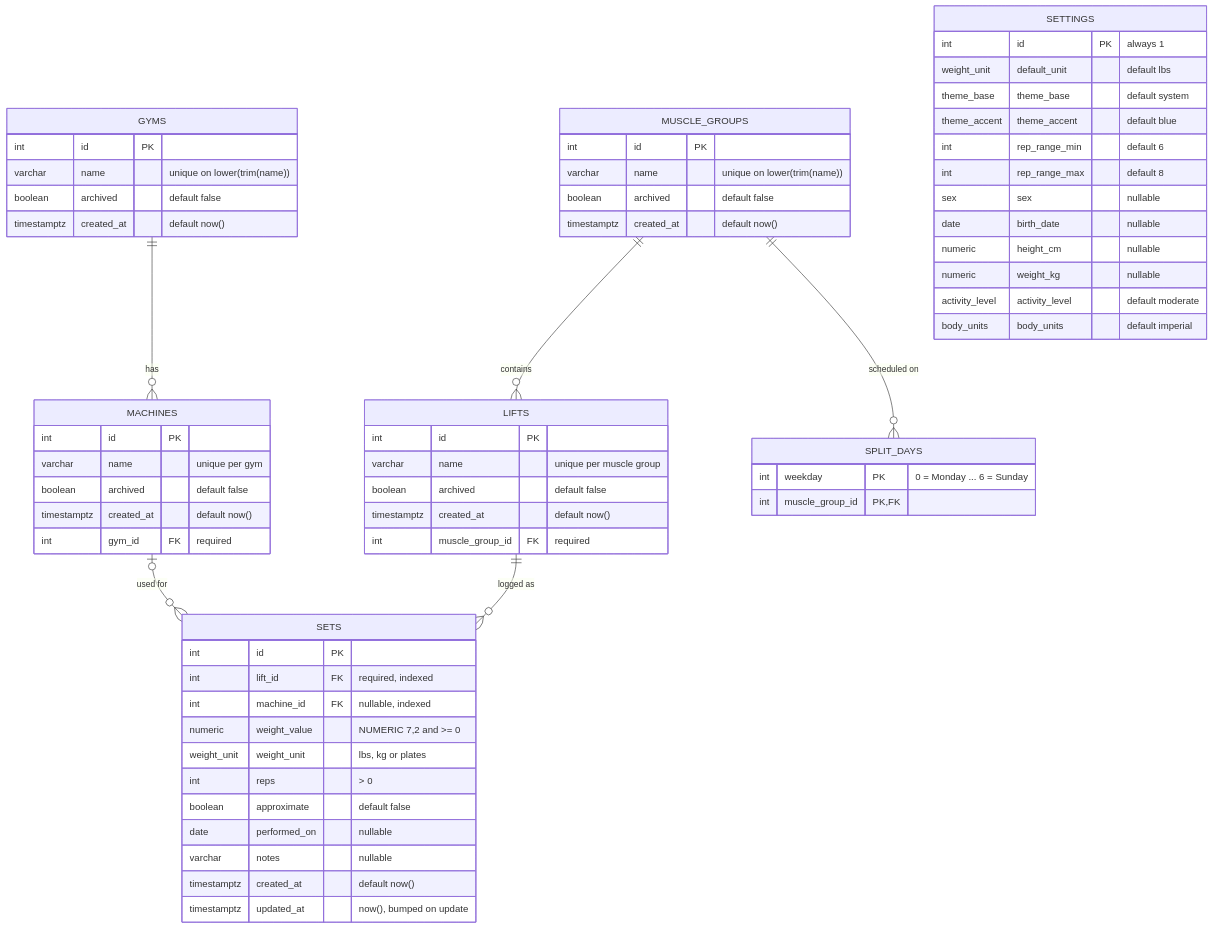
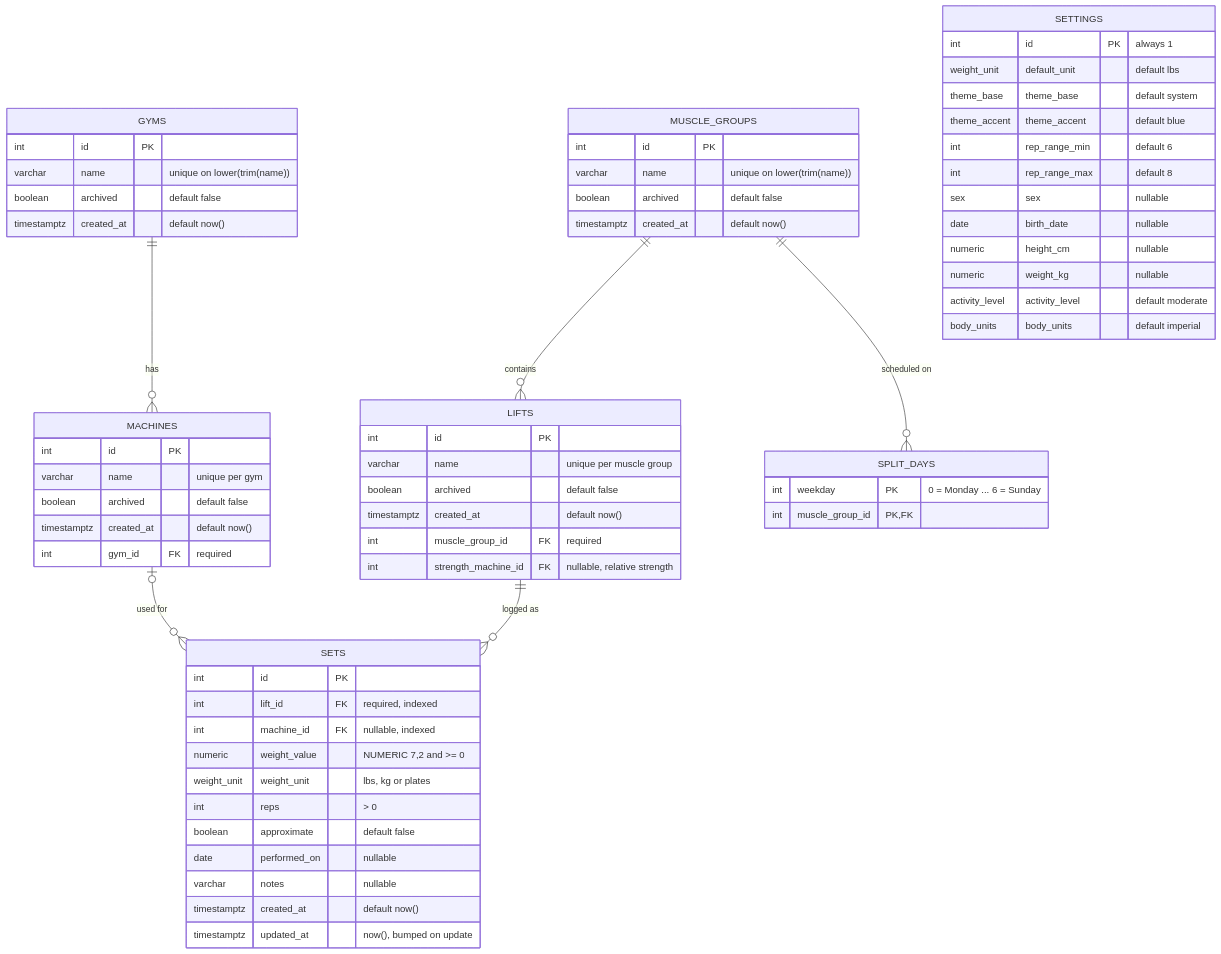
Before and after one commit to coopermay/fitness-tracker: the diagram in docs/03-database/README.md, drawn with Mermaid. The commit also changed 45 other files, not shown here.

First line of the commit message:
Today tabs with Best/Goal; graded relative strength on a chosen machine

````diff
--- a/docs/03-database/README.md
+++ b/docs/03-database/README.md
@@ -9,66 +9,67 @@
 ```mermaid
 erDiagram
     GYMS ||--o{ MACHINES : "has"
     MUSCLE_GROUPS ||--o{ LIFTS : "contains"
     MUSCLE_GROUPS ||--o{ SPLIT_DAYS : "scheduled on"
     LIFTS ||--o{ SETS : "logged as"
     MACHINES |o--o{ SETS : "used for"
 
     GYMS {
         int id PK
         varchar name "unique on lower(trim(name))"
         boolean archived "default false"
         timestamptz created_at "default now()"
     }
     MUSCLE_GROUPS {
         int id PK
         varchar name "unique on lower(trim(name))"
         boolean archived "default false"
         timestamptz created_at "default now()"
     }
     LIFTS {
         int id PK
         varchar name "unique per muscle group"
         boolean archived "default false"
         timestamptz created_at "default now()"
         int muscle_group_id FK "required"
+        int strength_machine_id FK "nullable, relative strength"
     }
     MACHINES {
         int id PK
         varchar name "unique per gym"
         boolean archived "default false"
         timestamptz created_at "default now()"
         int gym_id FK "required"
     }
     SETS {
         int id PK
         int lift_id FK "required, indexed"
         int machine_id FK "nullable, indexed"
         numeric weight_value "NUMERIC 7,2 and >= 0"
         weight_unit weight_unit "lbs, kg or plates"
         int reps "> 0"
         boolean approximate "default false"
         date performed_on "nullable"
         varchar notes "nullable"
         timestamptz created_at "default now()"
         timestamptz updated_at "now(), bumped on update"
     }
     SETTINGS {
         int id PK "always 1"
         weight_unit default_unit "default lbs"
         theme_base theme_base "default system"
         theme_accent theme_accent "default blue"
         int rep_range_min "default 6"
         int rep_range_max "default 8"
         sex sex "nullable"
         date birth_date "nullable"
         numeric height_cm "nullable"
         numeric weight_kg "nullable"
         activity_level activity_level "default moderate"
         body_units body_units "default imperial"
     }
     SPLIT_DAYS {
         int weekday PK "0 = Monday ... 6 = Sunday"
         int muscle_group_id PK, FK
     }
 ```
````
